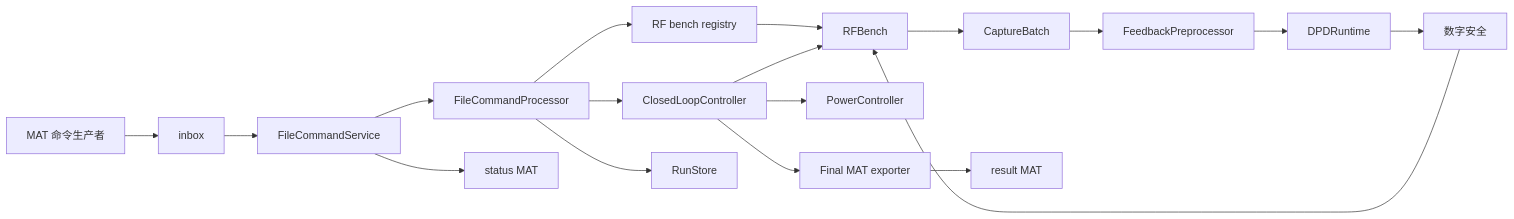
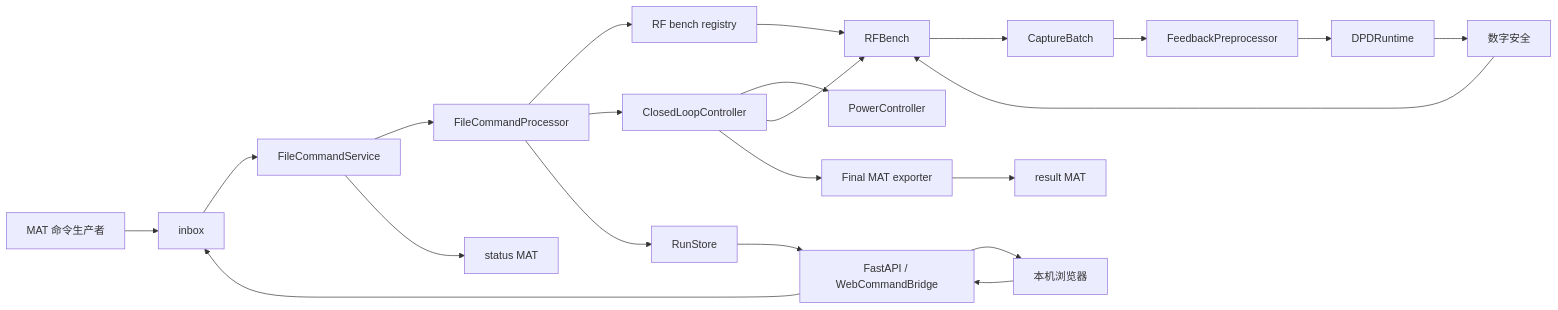
Before and after one commit to ChenLong1989/remote-dpd: the diagram in docs/system_design.md, drawn with Mermaid. The commit also changed other lines of this file and 27 other files, not shown here.

````diff
--- a/docs/system_design.md
+++ b/docs/system_design.md
@@ -65,20 +64,24 @@
 ```mermaid
 flowchart LR
     Producer[MAT 命令生产者] --> Inbox[inbox]
+    Browser[本机浏览器] --> Web[FastAPI / WebCommandBridge]
+    Web --> Inbox
     Inbox --> File[FileCommandService]
     File --> Processor[FileCommandProcessor]
     Processor --> Registry[RF bench registry]
     Registry --> Bench[RFBench]
     Processor --> Controller[ClosedLoopController]
     Controller --> Power[PowerController]
     Controller --> Bench
     Bench --> Capture[CaptureBatch]
     Capture --> Pre[FeedbackPreprocessor]
     Pre --> Runtime[DPDRuntime]
     Runtime --> Safety[数字安全]
     Safety --> Bench
     Processor --> Store[RunStore]
     Controller --> Export[Final MAT exporter]
     File --> Status[status MAT]
     Export --> Result[result MAT]
+    Store --> Web
+    Web --> Browser
 ```
````
